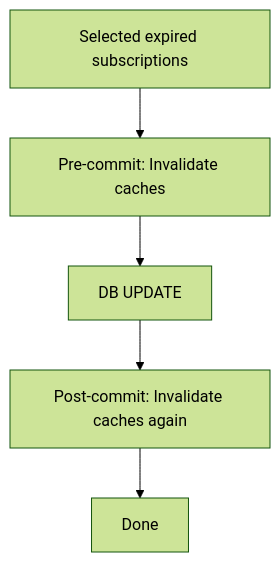
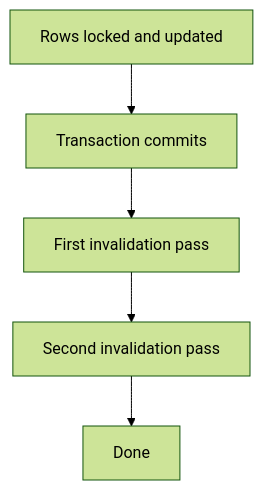
Before and after one commit to kunalPisolkar24/detectAI: the fifth of 8 diagrams in services/workers/docs/components/cron-worker.md, drawn with Mermaid (forest theme). The commit also changed other lines of this file and 10 other files, not shown here.

````diff
--- a/services/workers/docs/components/cron-worker.md
+++ b/services/workers/docs/components/cron-worker.md
@@ -102,7 +158,7 @@
 ```mermaid
 graph TB
-    A[Selected expired subscriptions] --> B[Pre-commit: Invalidate caches]
-    B --> C[DB UPDATE]
-    C --> D[Post-commit: Invalidate caches again]
+    A[Rows locked and updated] --> B[Transaction commits]
+    B --> C[First invalidation pass]
+    C --> D[Second invalidation pass]
     D --> E[Done]
 ```
````
